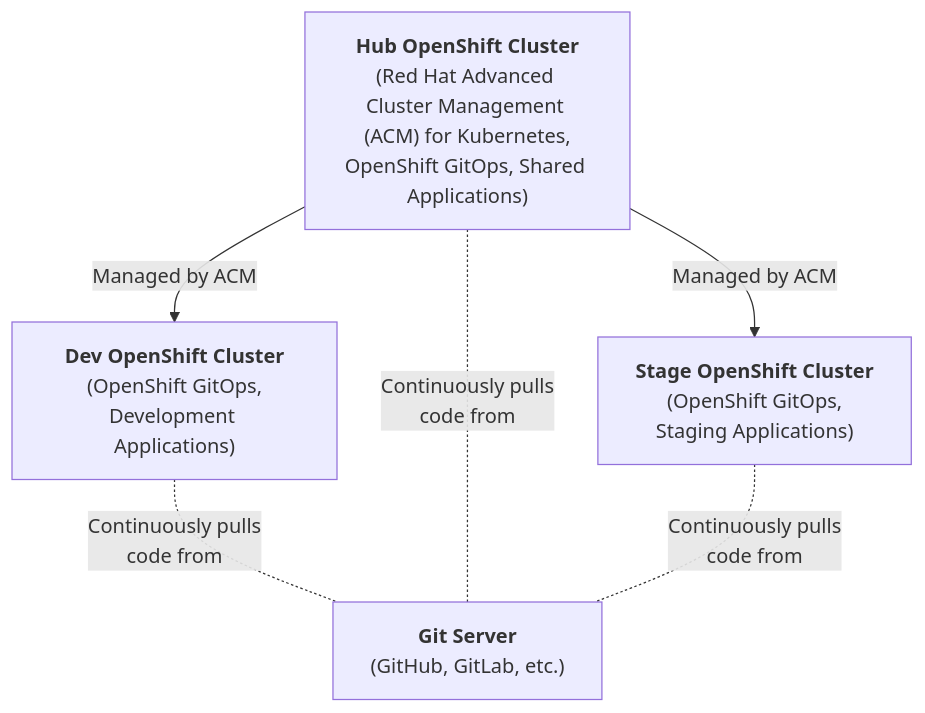
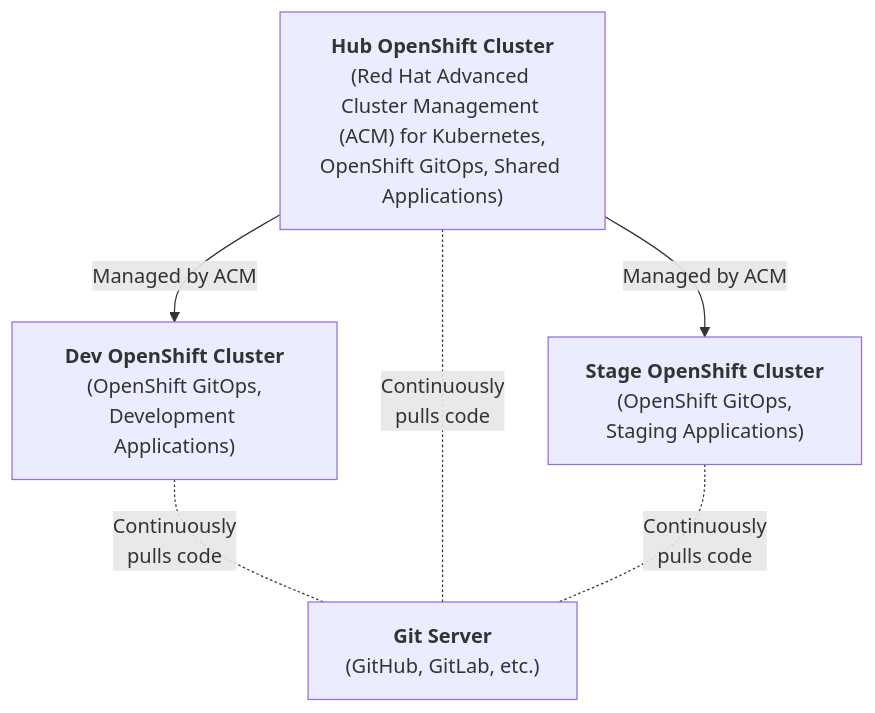
One commit to hello-world-gitops/.github changed the first of 2 diagrams in profile/README.md. Above: the diagram before and after it, drawn with Mermaid. The commit also changed other lines of this file, not shown here.

Commit message:
Formatting/typo fixes

````diff
--- a/profile/README.md
+++ b/profile/README.md
@@ -22,15 +22,15 @@
 ```mermaid
 graph TD
         Dev["<b>Dev OpenShift Cluster</b><br />(OpenShift GitOps,<br />Development Applications)"]
         Hub["<b>Hub OpenShift Cluster</b><br />(Red Hat Advanced Cluster Management (ACM) for Kubernetes,<br />OpenShift GitOps, Shared Applications)"]
         Stage["<b>Stage OpenShift Cluster</b><br />(OpenShift GitOps,<br />Staging Applications)"]
 
         Git["<b>Git Server</b><br />(GitHub, GitLab, etc.)"]
 
-        Dev -. "Continuously pulls<br />code from" .- Git
-        Hub -. "Continuously pulls<br />code from" .- Git
-        Stage -. "Continuously pulls<br />code from" .- Git
+        Dev -. "Continuously<br />pulls code" .- Git
+        Hub -. "Continuously<br />pulls code" .- Git
+        Stage -. "Continuously<br />pulls code" .- Git
 
         Hub -- Managed by ACM --> Dev
         Hub -- Managed by ACM --> Stage
 ```
````
